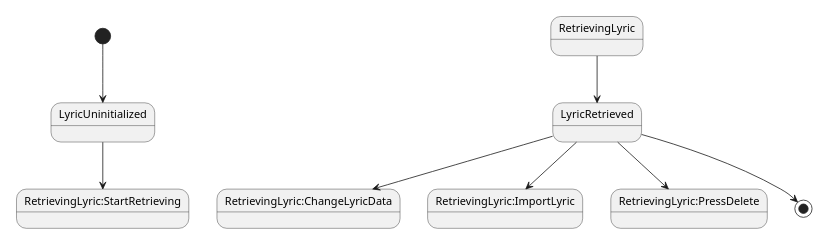
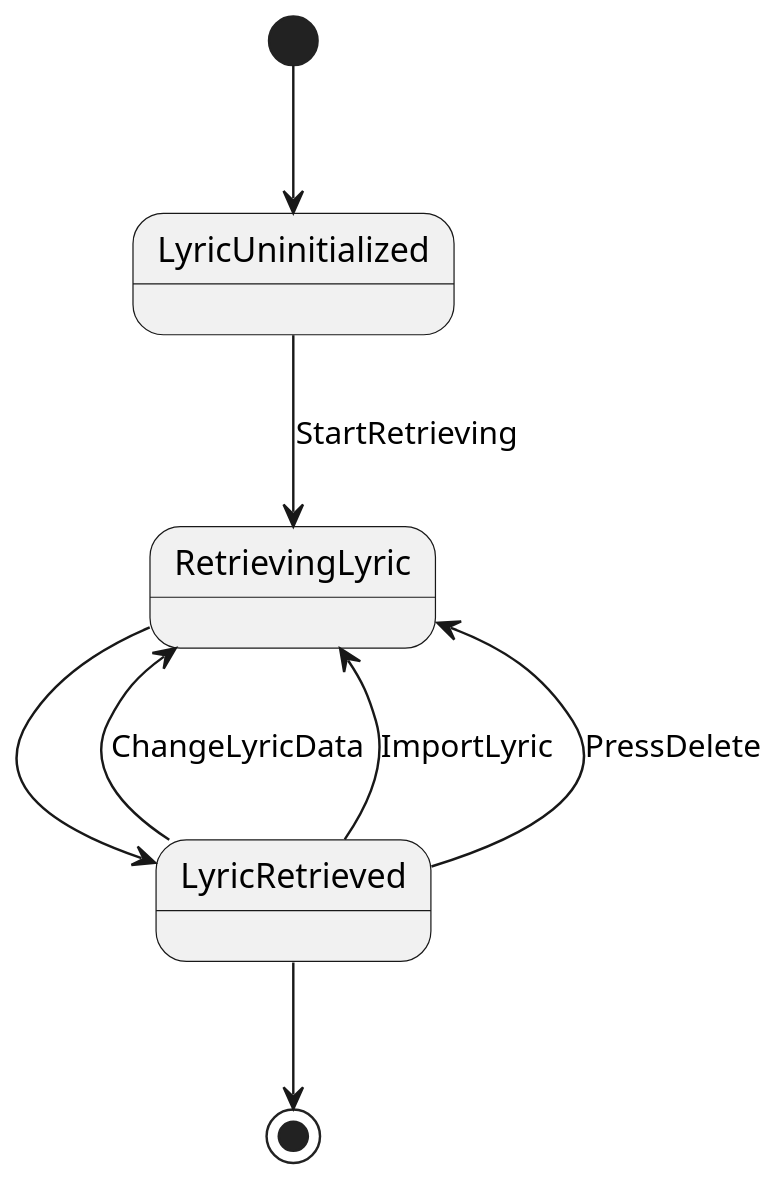
One commit to amamiseiya/shonichi_Flutter changed the diagram in documents/state_diagram/song_info_page.wsd. Above: the diagram before and after it, drawn with PlantUML. The commit also changed 210 other files, not shown here.

```diff
--- a/documents/state_diagram/song_info_page.wsd
+++ b/documents/state_diagram/song_info_page.wsd
@@ -1,12 +1,12 @@
 @startuml SongInfoPageState
 scale 500 width
 
 [*] --> LyricUninitialized
-LyricUninitialized-->RetrievingLyric:StartRetrieving
-RetrievingLyric-->LyricRetrieved
-LyricRetrieved-->RetrievingLyric:ChangeLyricData
-LyricRetrieved-->RetrievingLyric:ImportLyric
-LyricRetrieved-->RetrievingLyric:PressDelete
-LyricRetrieved-->[*]
+LyricUninitialized --> RetrievingLyric : StartRetrieving
+RetrievingLyric --> LyricRetrieved
+LyricRetrieved --> RetrievingLyric : ChangeLyricData
+LyricRetrieved --> RetrievingLyric : ImportLyric
+LyricRetrieved --> RetrievingLyric : PressDelete
+LyricRetrieved --> [*]
 
 @enduml
```
